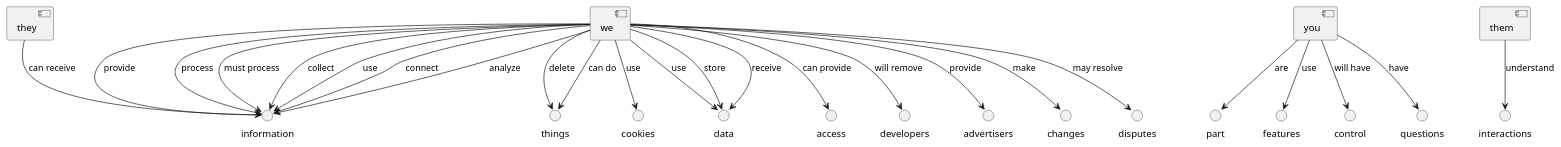
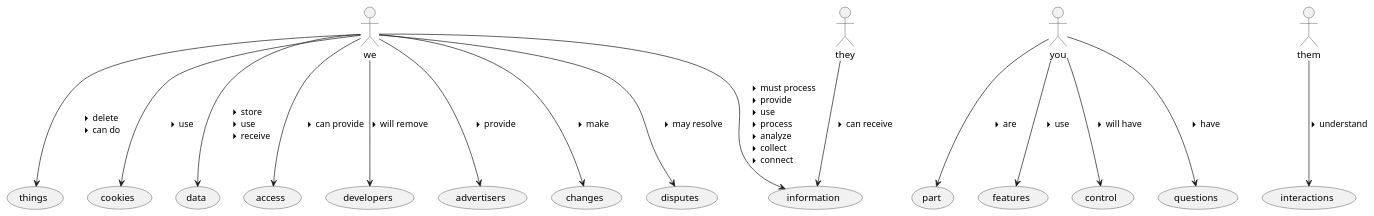
One commit to weaversam8/yc-hackathon-2019 changed the diagram in facebook.plantuml. Above: the diagram before and after it, drawn with PlantUML. The commit also changed 1 other file, not shown here.

```diff
--- a/facebook.plantuml
+++ b/facebook.plantuml
@@ -1,62 +1,18 @@
 @startuml
 
-[we]
-
-[we] --> () "information" : must process
-
-[we] --> () "things" : can do
-
-[we] --> () "information" : collect
-[you]
-
-[you] --> () "part" : are
-
-
-[you] --> () "features" : use
-
-
-
-[we] --> () "information" : use
-
-
-[we] --> () "cookies" : use
-
-[we] --> () "data" : receive
-
-
-
-[we] --> () "information" : connect
-
-[you] --> () "control" : will have
-
-[we] --> () "data" : use
-
-[we] --> () "information" : analyze
-
-[we] --> () "access" : can provide
-[they]
-
-[they] --> () "information" : can receive
-
-[we] --> () "developers" : will remove
-[them]
-
-[them] --> () "interactions" : understand
-
-[we] --> () "advertisers" : provide
-
-[we] --> () "information" : provide
-
-[we] --> () "information" : process
-
-[we] --> () "data" : store
-
-[we] --> () "things" : delete
-
-
-[we] --> () "changes" : make
-
-[you] --> () "questions" : have
-
-[we] --> () "disputes" : may resolve
+:we: --> (information) : <&caret-right> must process\l<&caret-right> provide\l<&caret-right> use\l<&caret-right> process\l<&caret-right> analyze\l<&caret-right> collect\l<&caret-right> connect
+:we: --> (things) : <&caret-right> delete\l<&caret-right> can do
+:you: --> (part) : <&caret-right> are
+:you: --> (features) : <&caret-right> use
+:we: --> (cookies) : <&caret-right> use
+:we: --> (data) : <&caret-right> store\l<&caret-right> use\l<&caret-right> receive
+:you: --> (control) : <&caret-right> will have
+:we: --> (access) : <&caret-right> can provide
+:they: --> (information) : <&caret-right> can receive
+:we: --> (developers) : <&caret-right> will remove
+:them: --> (interactions) : <&caret-right> understand
+:we: --> (advertisers) : <&caret-right> provide
+:we: --> (changes) : <&caret-right> make
+:you: --> (questions) : <&caret-right> have
+:we: --> (disputes) : <&caret-right> may resolve
 @enduml
```
